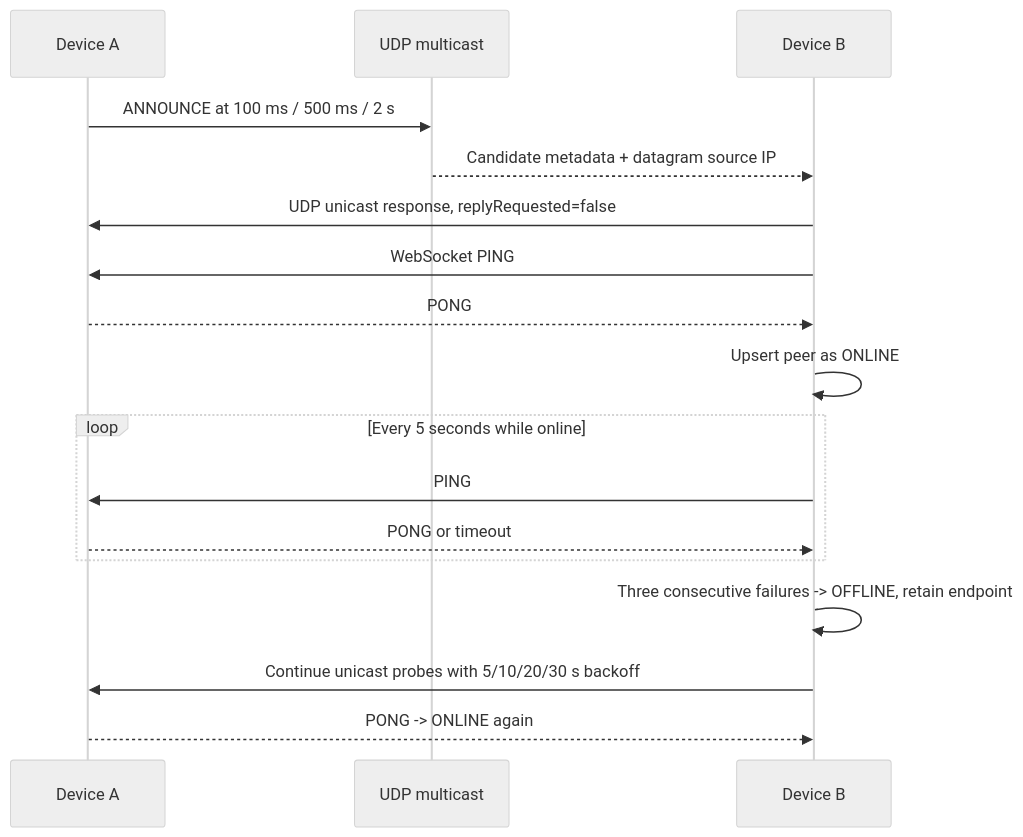
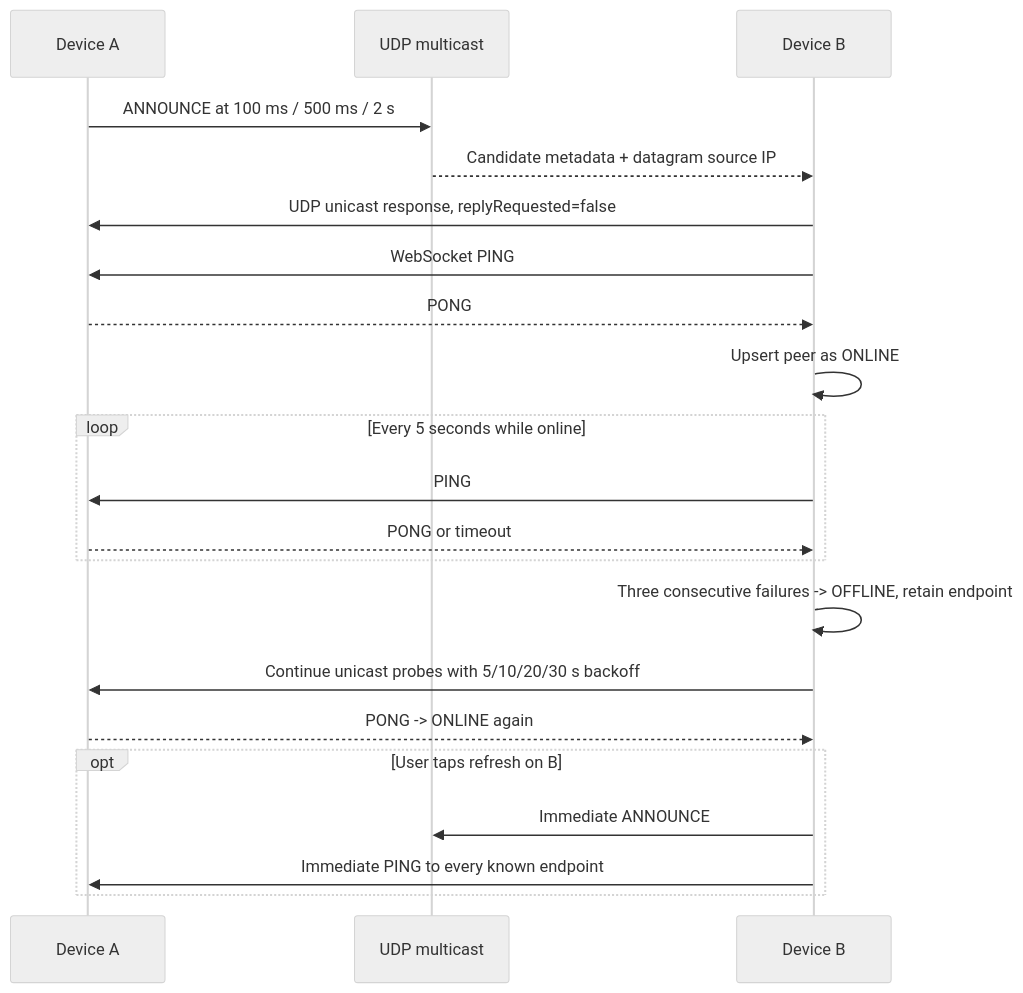
The first of 2 diagrams in docs/technical-principles/lan-discovery.md (x2ink/subnetdrop), drawn with Mermaid (neutral theme) before and after one commit. The commit also changed other lines of this file and 14 other files, not shown here.

````diff
--- a/docs/technical-principles/lan-discovery.md
+++ b/docs/technical-principles/lan-discovery.md
@@ -24,19 +24,23 @@
 ```mermaid
 sequenceDiagram
     participant A as Device A
     participant Udp as UDP multicast
     participant B as Device B
     A->>Udp: ANNOUNCE at 100 ms / 500 ms / 2 s
     Udp-->>B: Candidate metadata + datagram source IP
     B->>A: UDP unicast response, replyRequested=false
     B->>A: WebSocket PING
     A-->>B: PONG
     B->>B: Upsert peer as ONLINE
     loop Every 5 seconds while online
         B->>A: PING
         A-->>B: PONG or timeout
     end
     B->>B: Three consecutive failures -> OFFLINE, retain endpoint
     B->>A: Continue unicast probes with 5/10/20/30 s backoff
     A-->>B: PONG -> ONLINE again
+    opt User taps refresh on B
+        B->>Udp: Immediate ANNOUNCE
+        B->>A: Immediate PING to every known endpoint
+    end
 ```
````
